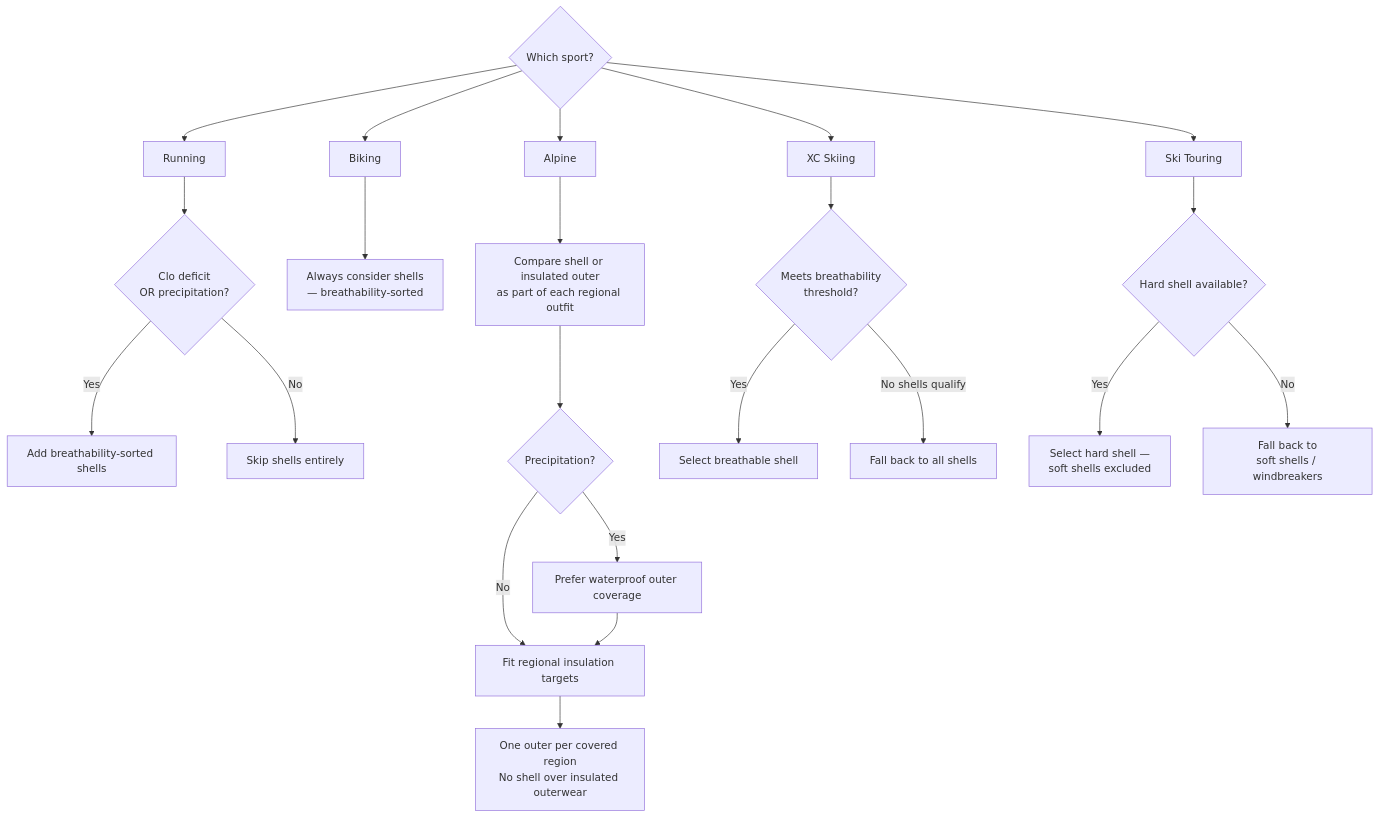
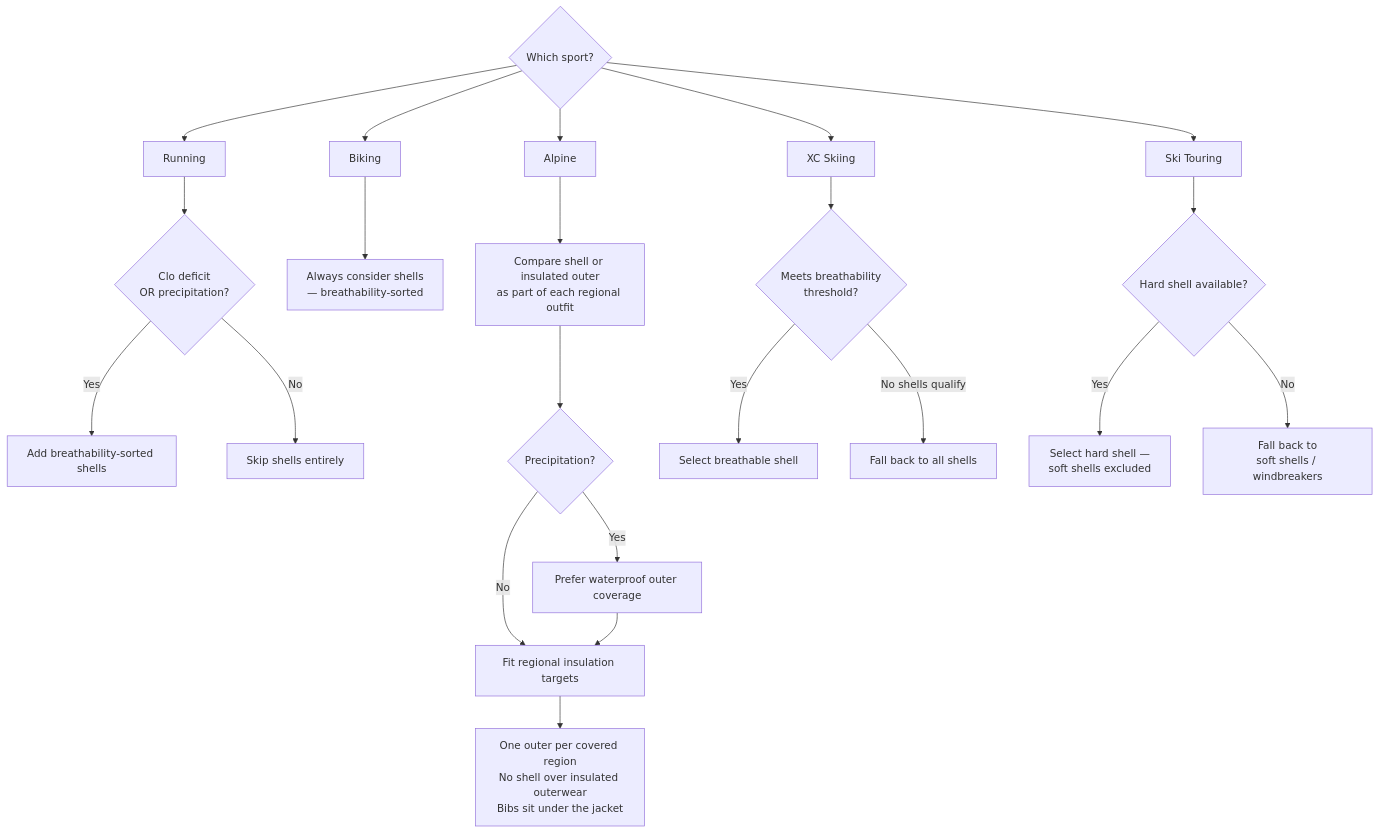
Before and after one commit to derobertsw/swttr: the fifth of 6 diagrams in README.md, drawn with Mermaid. The commit also changed other lines of this file and 8 other files, not shown here.

First line of the commit message:
Fix alpine bibs, outfit ranking, and insulated-outer scoring

````diff
--- a/README.md
+++ b/README.md
@@ -211,29 +211,29 @@
 ```mermaid
 graph TD
     START{Which sport?} --> RUN[Running]
     START --> BIKE[Biking]
     START --> ALP[Alpine]
     START --> XC[XC Skiing]
     START --> TOUR[Ski Touring]
 
     RUN --> RCHECK{Clo deficit<br/>OR precipitation?}
     RCHECK -->|Yes| RADD[Add breathability-sorted shells]
     RCHECK -->|No| RSKIP[Skip shells entirely]
 
     BIKE --> BADD[Always consider shells<br/>— breathability-sorted]
 
     ALP --> AOUT[Compare shell or insulated outer<br/>as part of each regional outfit]
     AOUT --> AWET{Precipitation?}
     AWET -->|Yes| AWP[Prefer waterproof outer coverage]
     AWET -->|No| ABUDGET[Fit regional insulation targets]
     AWP --> ABUDGET
-    ABUDGET --> ACAP[One outer per covered region<br/>No shell over insulated outerwear]
+    ABUDGET --> ACAP[One outer per covered region<br/>No shell over insulated outerwear<br/>Bibs sit under the jacket]
 
     XC --> XBREATH{Meets breathability<br/>threshold?}
     XBREATH -->|Yes| XPREF[Select breathable shell]
     XBREATH -->|No shells qualify| XFALL[Fall back to all shells]
 
     TOUR --> THARD{Hard shell available?}
     THARD -->|Yes| THSEL[Select hard shell —<br/>soft shells excluded]
     THARD -->|No| TOTHER[Fall back to<br/>soft shells / windbreakers]
 ```
````
